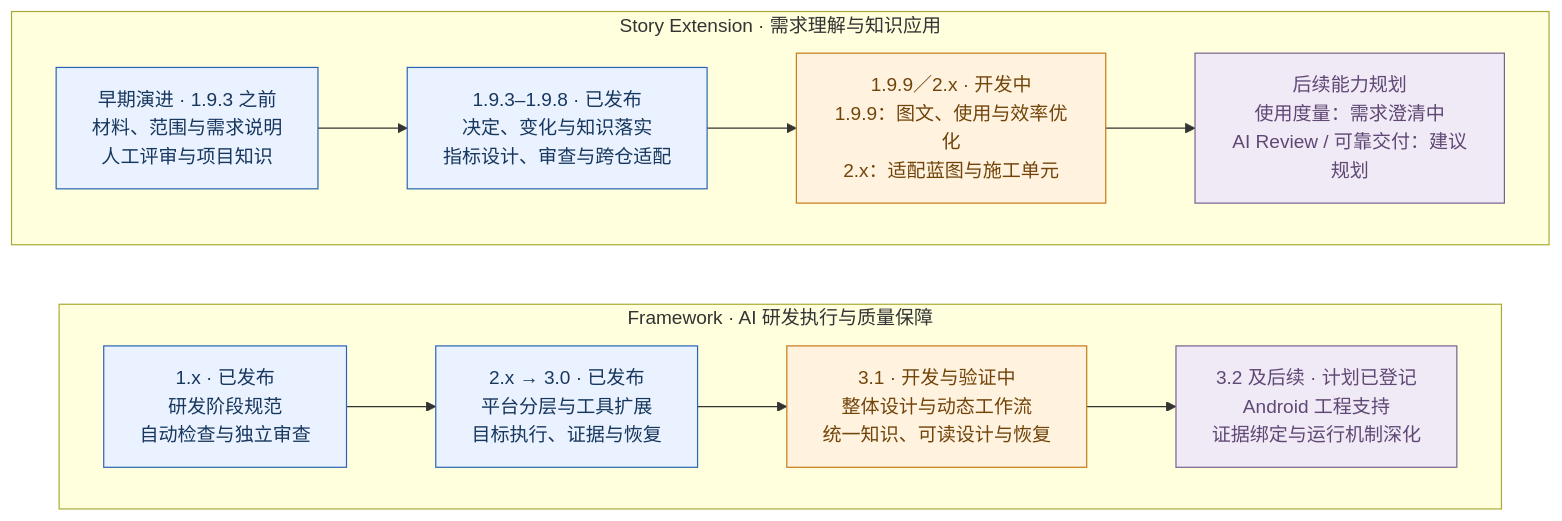
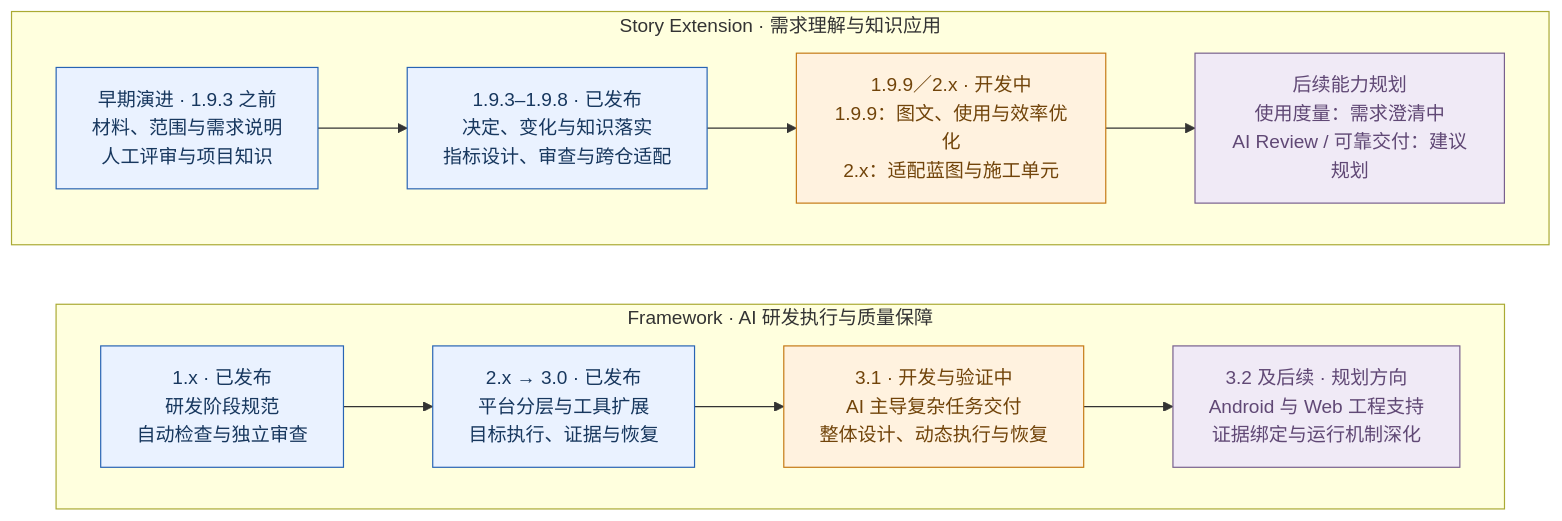
One commit to sqsqsq/SimulatedWalletForHmos changed the diagram in doc/release/Framework与Extension演进汇报-单页PPT稿.md. Above: the diagram before and after it, drawn with Mermaid. The commit also changed other lines of this file and 2 other files, not shown here.

Commit message:
docs: 补充 Web 规划与 AI 主导交付并生成演进图 PNG

````diff
--- a/doc/release/Framework与Extension演进汇报-单页PPT稿.md
+++ b/doc/release/Framework与Extension演进汇报-单页PPT稿.md
@@ -28,25 +28,25 @@
 ```mermaid
 flowchart LR
     subgraph FW["Framework · AI 研发执行与质量保障"]
         direction LR
         F1["1.x · 已发布<br/>研发阶段规范<br/>自动检查与独立审查"]
         F2["2.x → 3.0 · 已发布<br/>平台分层与工具扩展<br/>目标执行、证据与恢复"]
-        F3["3.1 · 开发与验证中<br/>整体设计与动态工作流<br/>统一知识、可读设计与恢复"]
-        F4["3.2 及后续 · 计划已登记<br/>Android 工程支持<br/>证据绑定与运行机制深化"]
+        F3["3.1 · 开发与验证中<br/>AI 主导复杂任务交付<br/>整体设计、动态执行与恢复"]
+        F4["3.2 及后续 · 规划方向<br/>Android 与 Web 工程支持<br/>证据绑定与运行机制深化"]
         F1 --> F2 --> F3 --> F4
     end
     subgraph EX["Story Extension · 需求理解与知识应用"]
         direction LR
         E1["早期演进 · 1.9.3 之前<br/>材料、范围与需求说明<br/>人工评审与项目知识"]
         E2["1.9.3–1.9.8 · 已发布<br/>决定、变化与知识落实<br/>指标设计、审查与跨仓适配"]
         E3["1.9.9／2.x · 开发中<br/>1.9.9：图文、使用与效率优化<br/>2.x：适配蓝图与施工单元"]
         E4["后续能力规划<br/>使用度量：需求澄清中<br/>AI Review / 可靠交付：建议规划"]
         E1 --> E2 --> E3 --> E4
     end
     classDef released fill:#EAF2FF,stroke:#2864B4,color:#17375E;
     classDef developing fill:#FFF2DF,stroke:#C57A15,color:#71440A;
     classDef future fill:#F0EAF6,stroke:#78608E,color:#604875;
     class F1,F2,E1,E2 released;
     class F3,E3 developing;
     class F4,E4 future;
 ```
````
